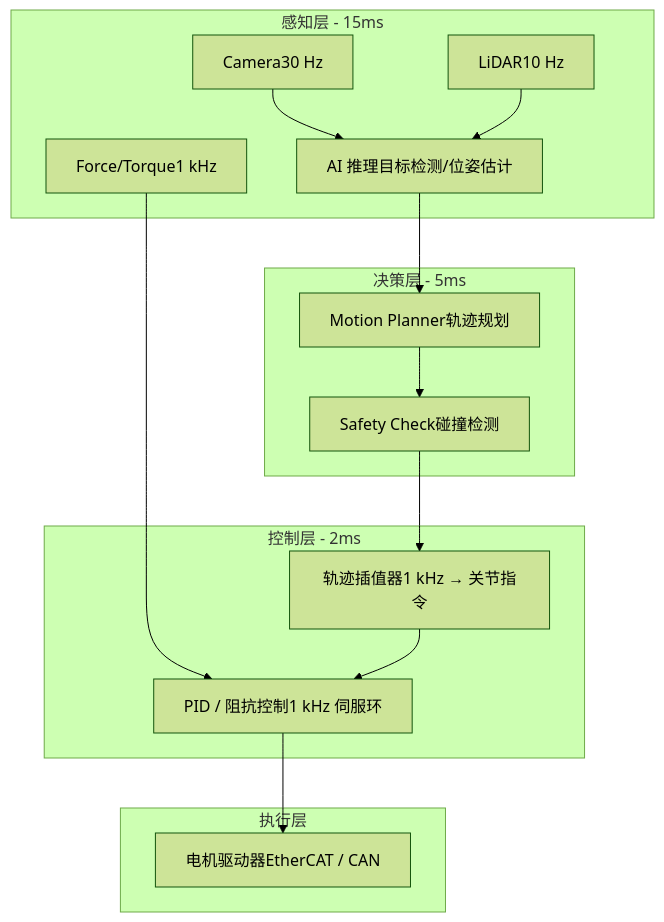
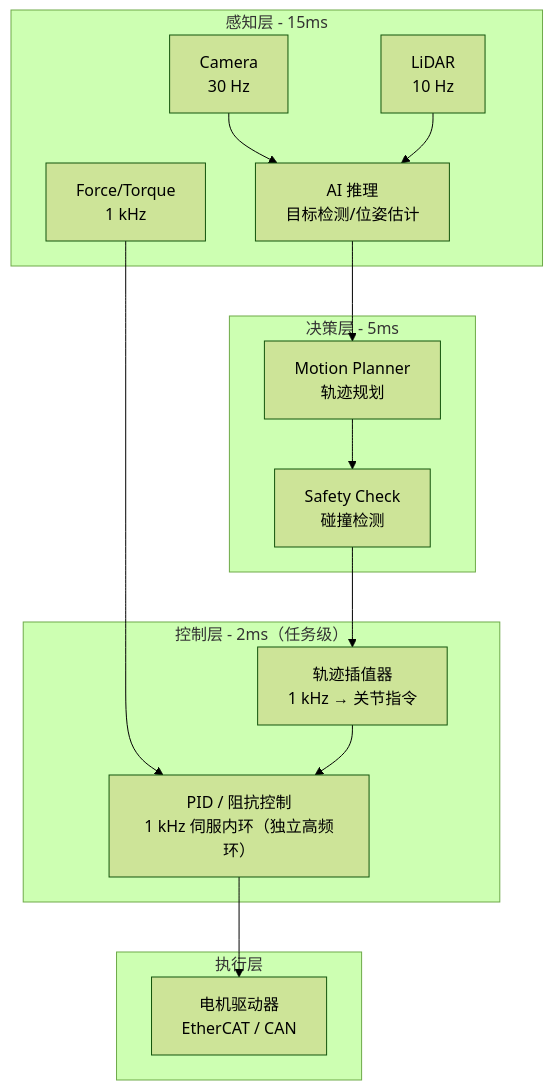
The second of 6 diagrams in robot/general/deployment.md (ranpin/edge-ai-docs), drawn with Mermaid (forest theme) before and after one commit. The commit also changed other lines of this file and 4 other files, not shown here.

````diff
--- a/robot/general/deployment.md
+++ b/robot/general/deployment.md
@@ -119,29 +159,29 @@
 ```mermaid
 graph TB
     subgraph 感知层 - 15ms
-        S1["Camera30 Hz"]
-        S2["LiDAR10 Hz"]
-        S3["Force/Torque1 kHz"]
-        AI["AI 推理目标检测/位姿估计"]
+        S1["Camera<br/>30 Hz"]
+        S2["LiDAR<br/>10 Hz"]
+        S3["Force/Torque<br/>1 kHz"]
+        AI["AI 推理<br/>目标检测/位姿估计"]
     end
 
     subgraph 决策层 - 5ms
-        PLAN["Motion Planner轨迹规划"]
-        SAFE["Safety Check碰撞检测"]
+        PLAN["Motion Planner<br/>轨迹规划"]
+        SAFE["Safety Check<br/>碰撞检测"]
     end
 
-    subgraph 控制层 - 2ms
-        PID["PID / 阻抗控制1 kHz 伺服环"]
-        INTERP["轨迹插值器1 kHz → 关节指令"]
+    subgraph CTRL["控制层 - 2ms（任务级）"]
+        PID["PID / 阻抗控制<br/>1 kHz 伺服内环（独立高频环）"]
+        INTERP["轨迹插值器<br/>1 kHz → 关节指令"]
     end
 
     subgraph 执行层
-        MOTOR["电机驱动器EtherCAT / CAN"]
+        MOTOR["电机驱动器<br/>EtherCAT / CAN"]
     end
 
     S1 --> AI
     S2 --> AI
     AI --> PLAN
     S3 --> PID
     PLAN --> SAFE --> INTERP --> PID --> MOTOR
 ```
````
